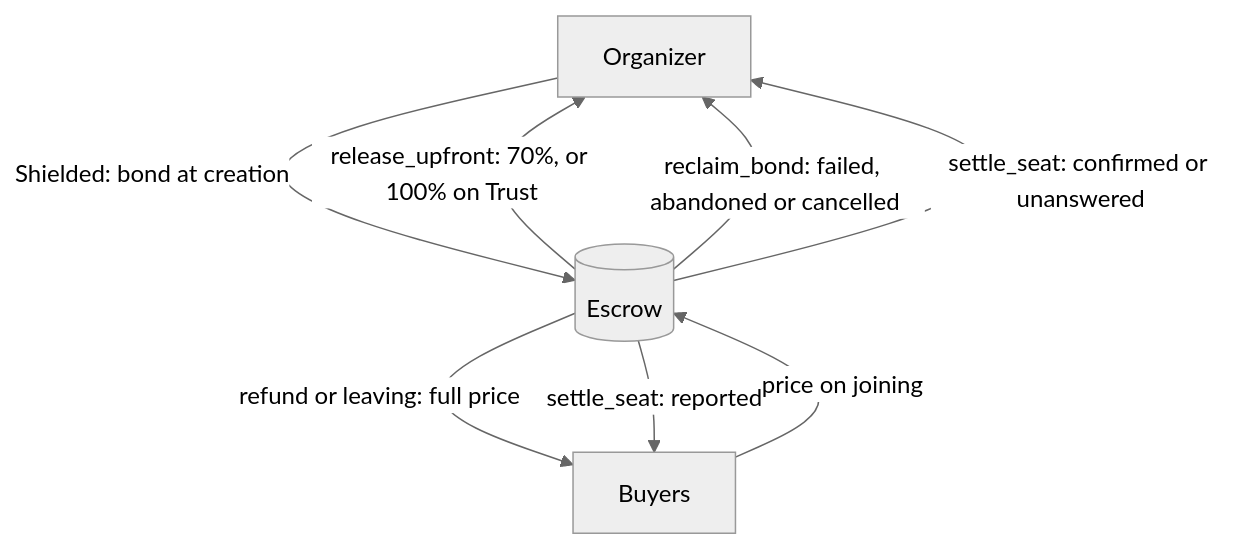
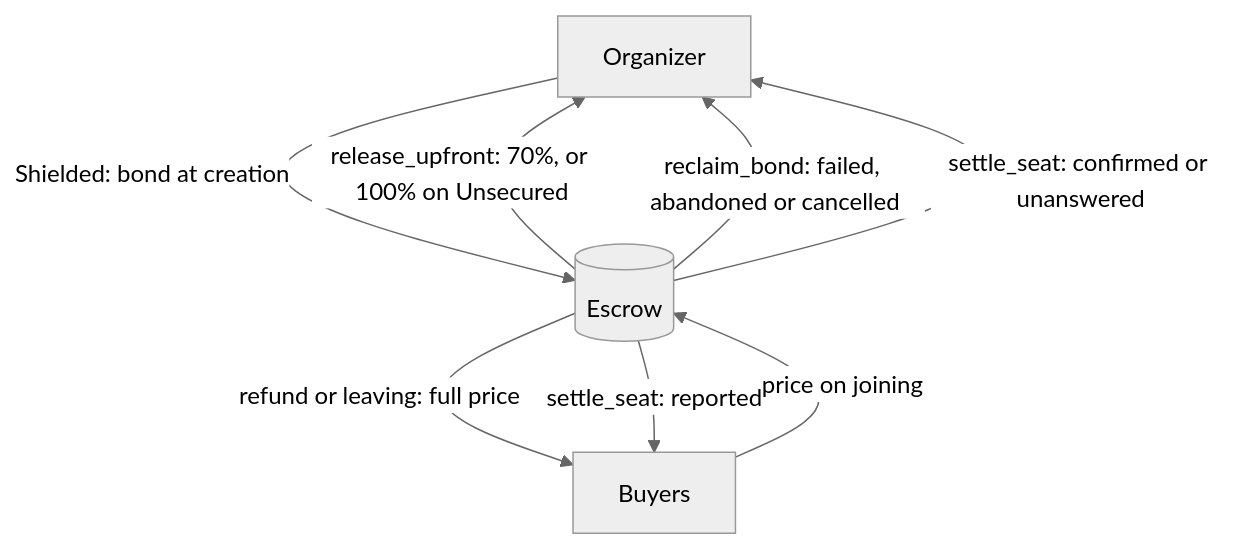
Before and after one commit to manxichen-boop/dropsafe: the second of 4 diagrams in README.md, drawn with Mermaid (neutral theme). The commit also changed other lines of this file and 16 other files, not shown here.

````diff
--- a/README.md
+++ b/README.md
@@ -58,10 +58,10 @@
 ```mermaid
 flowchart TD
     OR[Organizer] -- "Shielded: bond at creation" --> E[(Escrow)]
     BU[Buyers] -- "price on joining" --> E
-    E -- "release_upfront: 70%, or 100% on Trust" --> OR
+    E -- "release_upfront: 70%, or 100% on Unsecured" --> OR
     E -- "refund or leaving: full price" --> BU
     E -- "reclaim_bond: failed, abandoned or cancelled" --> OR
     E -- "settle_seat: confirmed or unanswered" --> OR
     E -- "settle_seat: reported" --> BU
 ```
````
